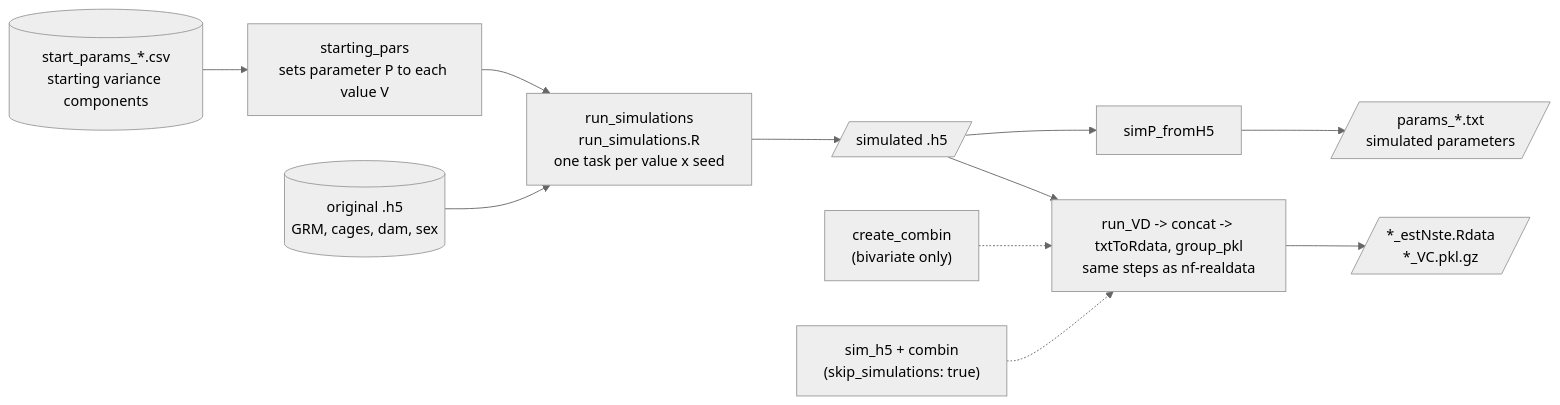
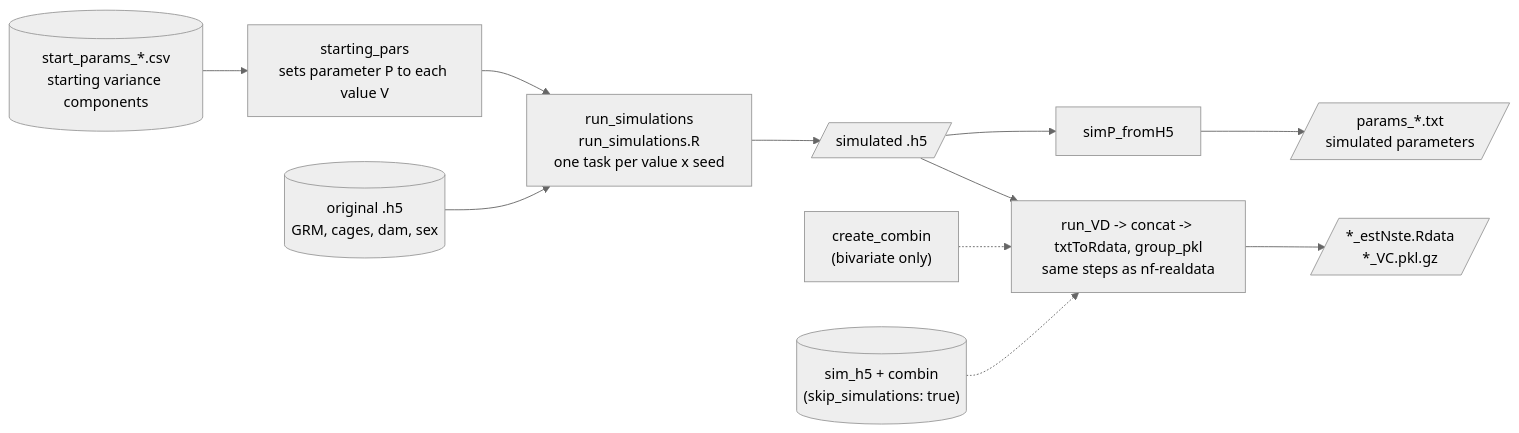
One commit to Baud-lab/CoreQuantGen changed the diagram in nf-simulations/README.md. Above: the diagram before and after it, drawn with Mermaid (neutral theme). The commit also changed 1 other file, not shown here.

Commit message:
fixing scheme

````diff
--- a/nf-simulations/README.md
+++ b/nf-simulations/README.md
@@ -6,22 +6,22 @@
 ```mermaid
 flowchart LR
   sp[("start_params_*.csv<br/>starting variance components")]
   h5[("original .h5<br/>GRM, cages, dam, sex")]
   SP["starting_pars<br/>sets parameter P to each value V"]
   SIM["run_simulations<br/>run_simulations.R<br/>one task per value x seed"]
   SIMP["simP_fromH5"]
   CC["create_combin<br/>(bivariate only)"]
-  skip["sim_h5 + combin<br/>(skip_simulations: true)"]
+  skip[("sim_h5 + combin<br/>(skip_simulations: true)")]
   VD["run_VD -> concat -> txtToRdata, group_pkl<br/>same steps as nf-realdata"]
   simh5[/"simulated .h5"/]
   o0[/"params_*.txt<br/>simulated parameters"/]
   o1[/"*_estNste.Rdata<br/>*_VC.pkl.gz"/]
   sp --> SP --> SIM
   h5 --> SIM
   SIM --> simh5
   simh5 --> SIMP --> o0
   simh5 --> VD
   CC -.-> VD
   skip -.-> VD
   VD --> o1
 ```
````
